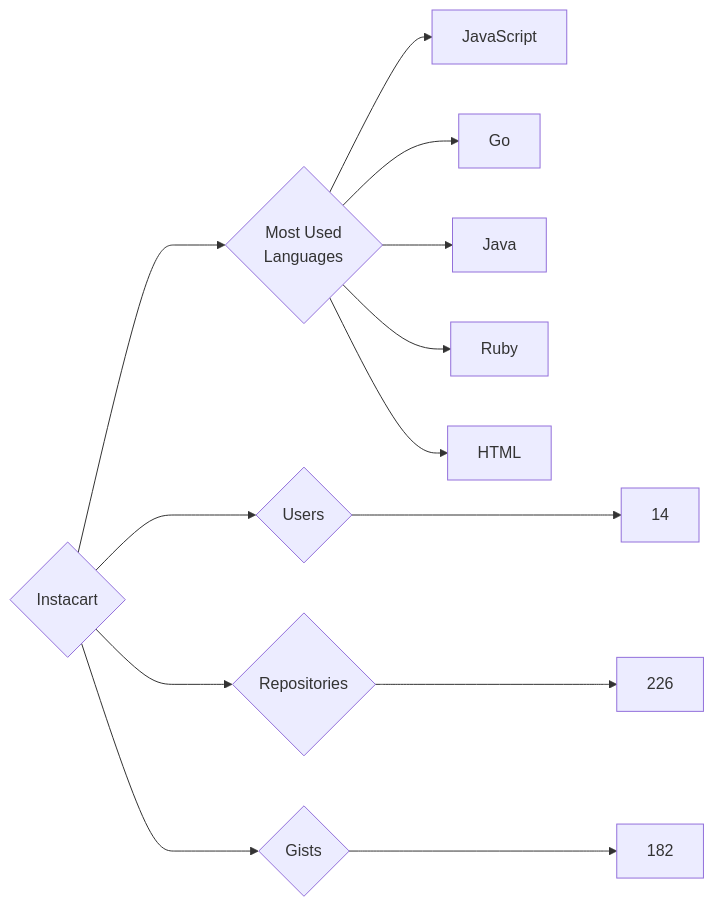
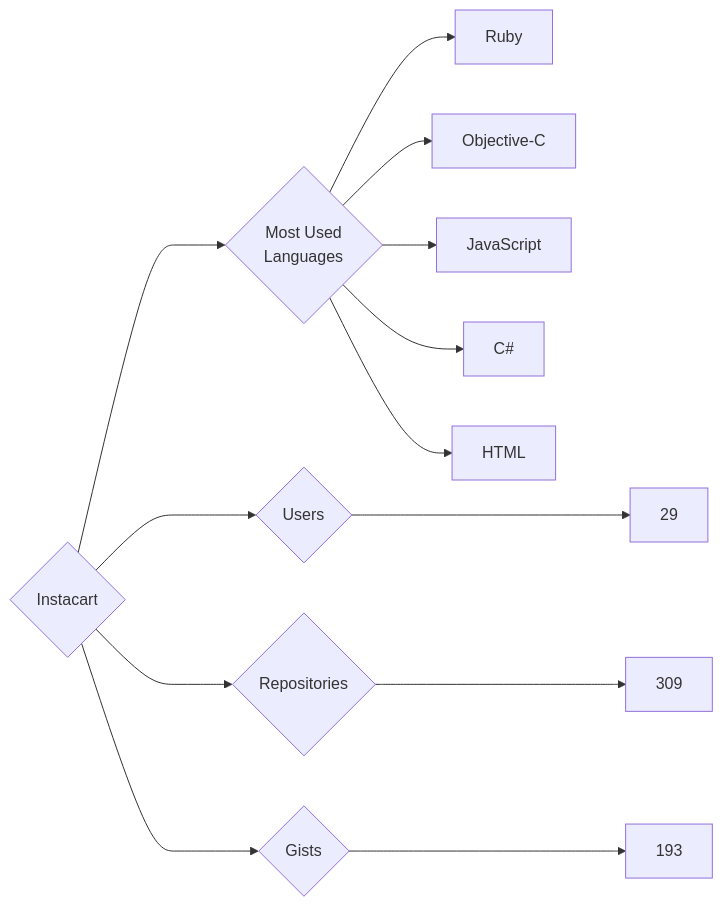
Before and after one commit to trickest/insiders: the diagram in targets/Instacart/README.md, drawn with Mermaid. The commit also changed 837 other files, not shown here.

````diff
--- a/targets/Instacart/README.md
+++ b/targets/Instacart/README.md
@@ -3,13 +3,13 @@
 ```mermaid
 graph LR
 COMPANY_NAME{Instacart}
-COMPANY_NAME ---> U{Users} ---> UN[14]
-COMPANY_NAME ---> R{Repositories} ---> RN[226]
-COMPANY_NAME ---> G{Gists} ---> GN[182]
+COMPANY_NAME ---> U{Users} ---> UN[29]
+COMPANY_NAME ---> R{Repositories} ---> RN[309]
+COMPANY_NAME ---> G{Gists} ---> GN[193]
 COMPANY_NAME ---> ML{Most Used<br>Languages}
+ML --> Ruby[Ruby]
+ML --> Objective-C[Objective-C]
 ML --> JavaScript[JavaScript]
-ML --> Go[Go]
-ML --> Java[Java]
-ML --> Ruby[Ruby]
+ML --> C#[C#]
 ML --> HTML[HTML]
 ```
````
